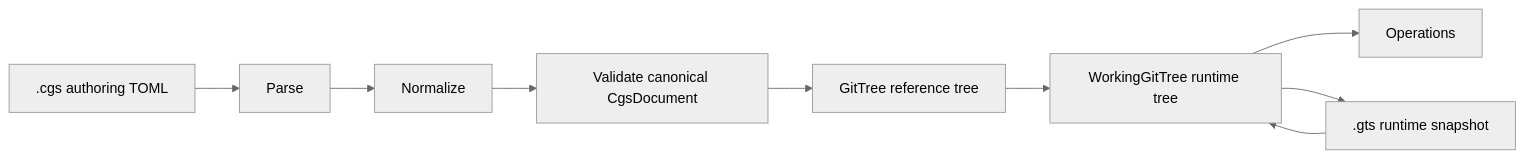
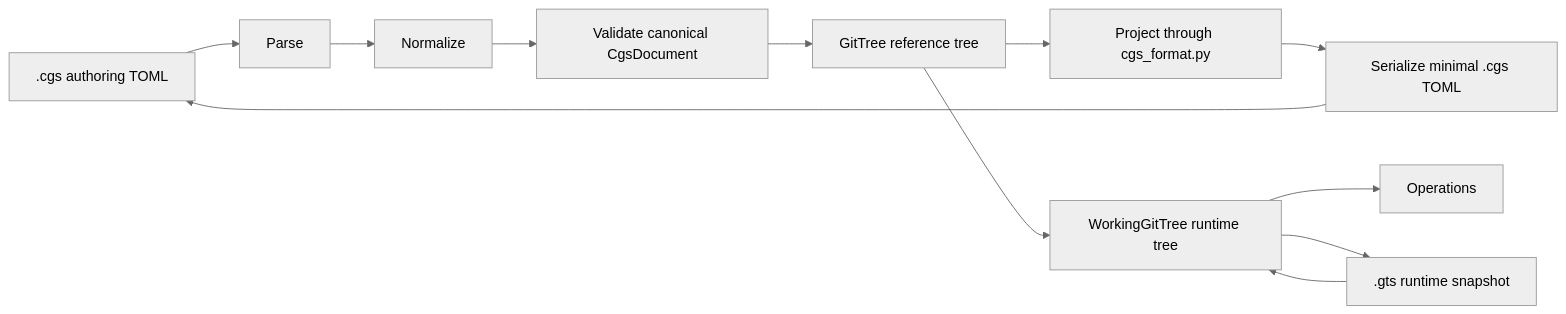
Before and after one commit to flipoyo/ComplexGitSync: the second of 2 diagrams in docs/architecture.md, drawn with Mermaid (neutral theme). The commit also changed other lines of this file and 10 other files, not shown here.

````diff
--- a/docs/architecture.md
+++ b/docs/architecture.md
@@ -136,11 +143,14 @@
 ```mermaid
 flowchart LR
     CGS[.cgs authoring TOML] --> PARSE[Parse]
     PARSE --> NORMALIZE[Normalize]
     NORMALIZE --> VALIDATE[Validate canonical CgsDocument]
     VALIDATE --> REF[GitTree reference tree]
+    REF --> PROJECT[Project through cgs_format.py]
+    PROJECT --> SERIALIZE[Serialize minimal .cgs TOML]
+    SERIALIZE --> CGS
     REF --> WORK[WorkingGitTree runtime tree]
     WORK --> OPS[Operations]
     WORK --> GTS[.gts runtime snapshot]
     GTS --> WORK
 ```
````
